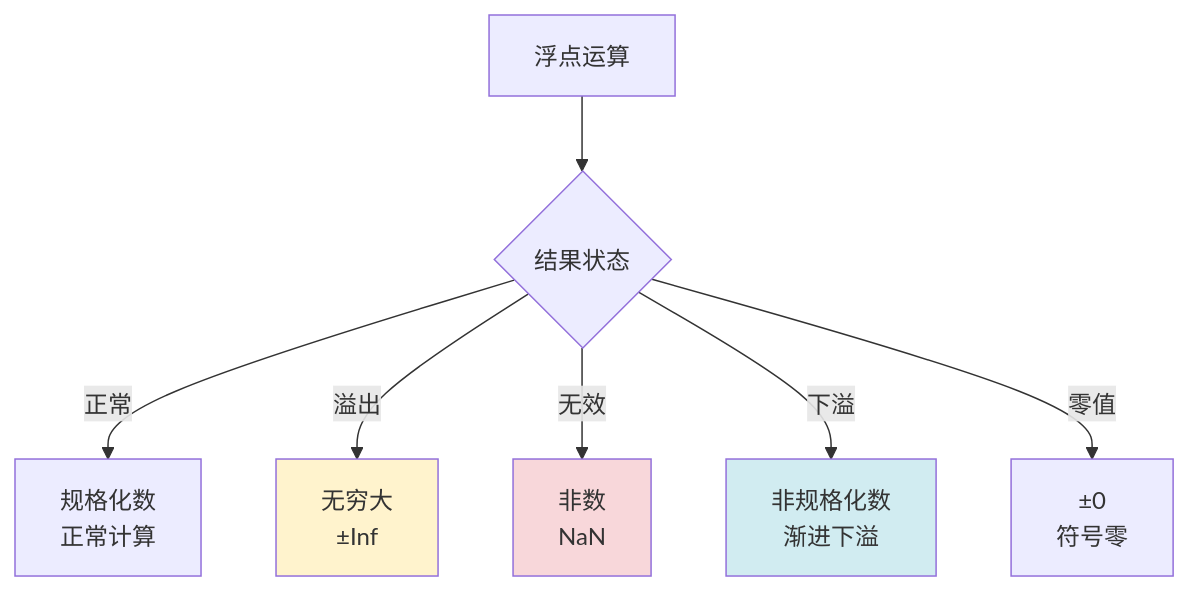
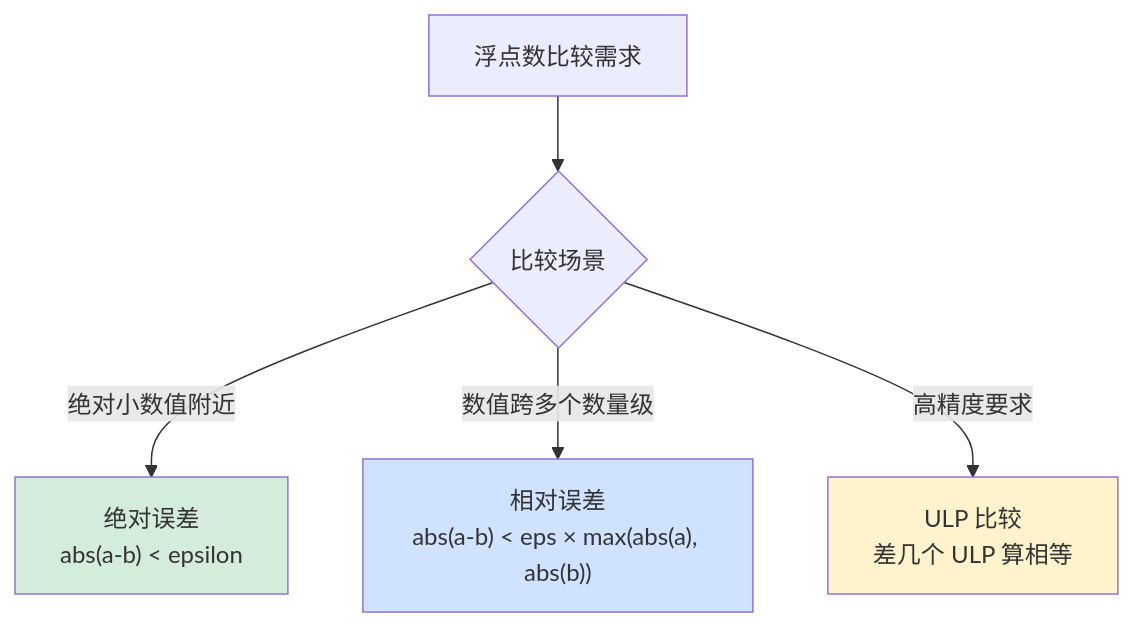
Diagram 17 of 24 in 00.通用技术的提升/02.程序编程原理/02.浮点型数据设计灵魂.md (chongyang211/YCBookBlog), drawn with Mermaid before and after one commit. The commit also changed other lines of this file and 21 other files, not shown here.

````diff
--- a/00.通用技术的提升/02.程序编程原理/02.浮点型数据设计灵魂.md
+++ b/00.通用技术的提升/02.程序编程原理/02.浮点型数据设计灵魂.md
@@ -350,13 +1659,12 @@
 ```mermaid
-graph TB
-    A[浮点运算] --> B{结果状态}
-    B -->|正常| C[规格化数<br/>正常计算]
-    B -->|溢出| D[无穷大<br/>±Inf]
-    B -->|无效| E[非数<br/>NaN]
-    B -->|下溢| F[非规格化数<br/>渐进下溢]
-    B -->|零值| G[±0<br/>符号零]
+flowchart TB
+    A[浮点数比较需求] --> B{比较场景}
     
-    style D fill:#fff3cd
-    style E fill:#f8d7da
-    style F fill:#d1ecf1
+    B -->|绝对小数值附近| C["绝对误差<br/>abs(a-b) < epsilon"]
+    B -->|数值跨多个数量级| D["相对误差<br/>abs(a-b) < eps × max(abs(a), abs(b))"]
+    B -->|高精度要求| E["ULP 比较<br/>差几个 ULP 算相等"]
+    
+    style C fill:#d4edda
+    style D fill:#cfe2ff
+    style E fill:#fff3cd
 ```
````
